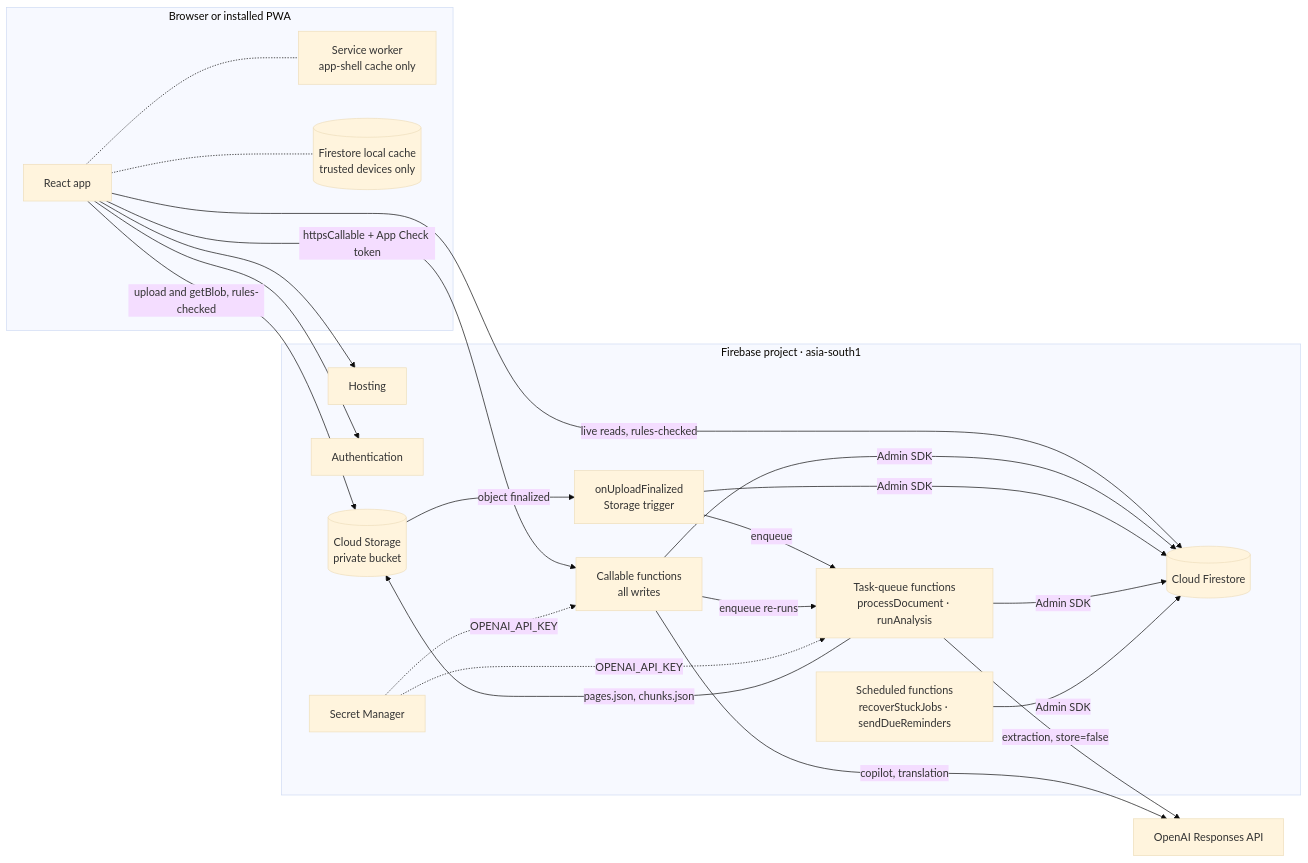
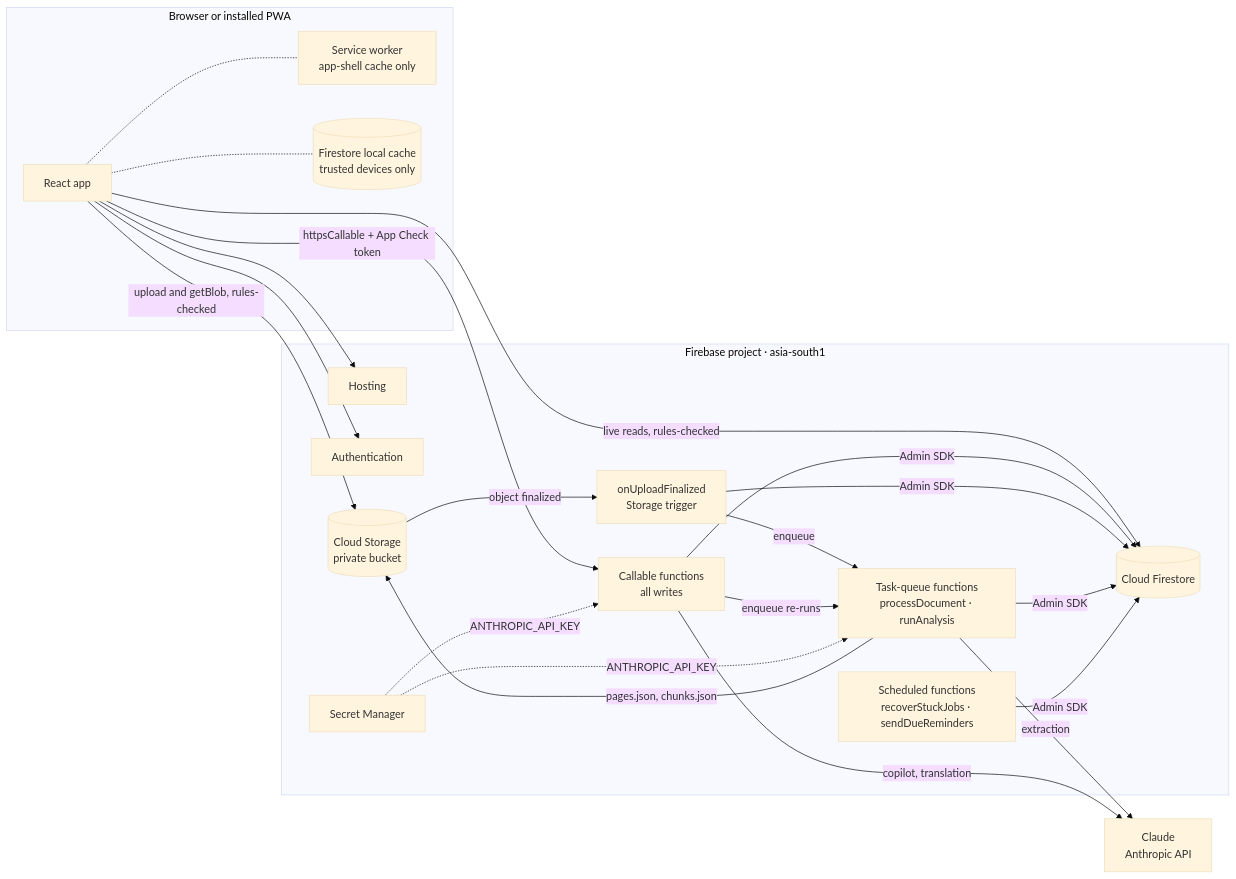
One commit to Purnendu220/ai-for-lawyers-hackathon-neural-ninjas changed the first of 3 diagrams in docs/ARCHITECTURE.md. Above: the diagram before and after it, drawn with Mermaid (base theme). The commit also changed other lines of this file and 45 other files, not shown here.

````diff
--- a/docs/ARCHITECTURE.md
+++ b/docs/ARCHITECTURE.md
@@ -39,42 +39,42 @@
 ```mermaid
 flowchart LR
   subgraph Device["Browser or installed PWA"]
     UI["React app"]
     SW["Service worker<br/>app-shell cache only"]
     LC[("Firestore local cache<br/>trusted devices only")]
   end
 
   subgraph FB["Firebase project · asia-south1"]
     HOST["Hosting"]
     AUTH["Authentication"]
     FS[("Cloud Firestore")]
     GCS[("Cloud Storage<br/>private bucket")]
     CALL["Callable functions<br/>all writes"]
     TRIG["onUploadFinalized<br/>Storage trigger"]
     QUEUE["Task-queue functions<br/>processDocument · runAnalysis"]
     SCHED["Scheduled functions<br/>recoverStuckJobs · sendDueReminders"]
     SECRET["Secret Manager"]
   end
 
-  OAI["OpenAI Responses API"]
+  OAI["Claude<br/>Anthropic API"]
 
   UI -.- SW
   UI -.- LC
   UI --> HOST
   UI --> AUTH
   UI -- "live reads, rules-checked" --> FS
   UI -- "upload and getBlob, rules-checked" --> GCS
   UI -- "httpsCallable + App Check token" --> CALL
   GCS -- "object finalized" --> TRIG
   TRIG -- "enqueue" --> QUEUE
   CALL -- "enqueue re-runs" --> QUEUE
   CALL -- "Admin SDK" --> FS
   TRIG -- "Admin SDK" --> FS
   QUEUE -- "Admin SDK" --> FS
   QUEUE -- "pages.json, chunks.json" --> GCS
   SCHED -- "Admin SDK" --> FS
-  QUEUE -- "extraction, store=false" --> OAI
+  QUEUE -- "extraction" --> OAI
   CALL -- "copilot, translation" --> OAI
-  SECRET -. "OPENAI_API_KEY" .-> QUEUE
-  SECRET -. "OPENAI_API_KEY" .-> CALL
+  SECRET -. "ANTHROPIC_API_KEY" .-> QUEUE
+  SECRET -. "ANTHROPIC_API_KEY" .-> CALL
 ```
````
